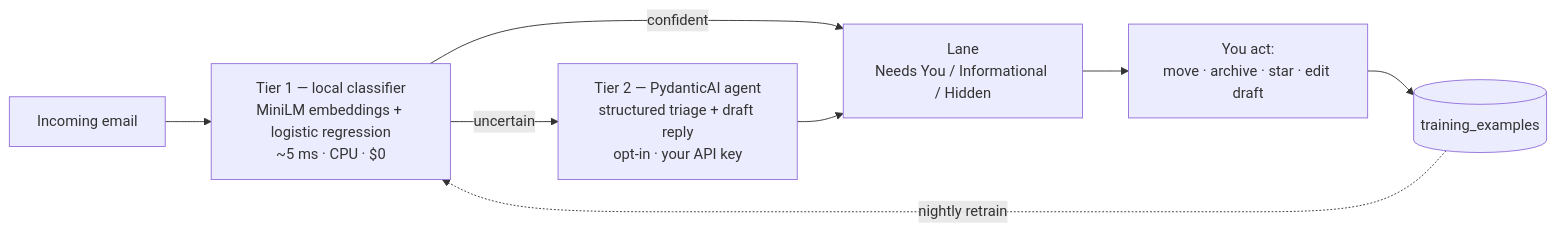
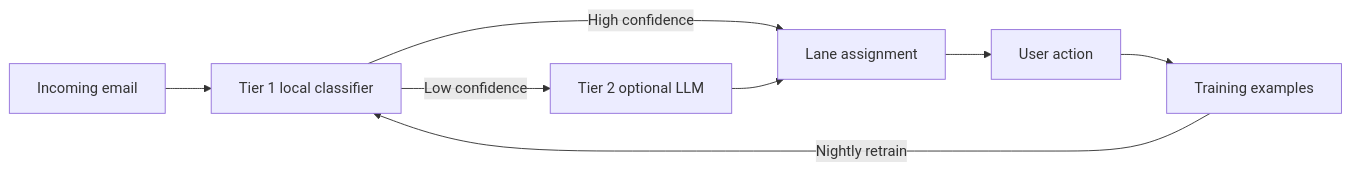
One commit to gauravch-code/winnow changed the diagram in README.md. Above: the diagram before and after it, drawn with Mermaid.

Commit message:
Fix README Mermaid diagram

````diff
--- a/README.md
+++ b/README.md
@@ -36,10 +36,10 @@
 ```mermaid
 flowchart LR
-    A[Incoming email] --> B["Tier 1 — local classifier<br/>MiniLM embeddings + logistic regression<br/>~5 ms · CPU · $0"]
-    B -->|confident| L["Lane<br/>Needs You / Informational / Hidden"]
-    B -->|uncertain| C["Tier 2 — PydanticAI agent<br/>structured triage + draft reply<br/>opt-in · your API key"]
+    A[Incoming email] --> B[Tier 1 local classifier]
+    B -->|High confidence| L[Lane assignment]
+    B -->|Low confidence| C[Tier 2 optional LLM]
     C --> L
-    L --> U["You act:<br/>move · archive · star · edit draft"]
-    U --> T[("training_examples")]
-    T -.nightly retrain.-> B
+    L --> U[User action]
+    U --> T[Training examples]
+    T -->|Nightly retrain| B
 ```
````
